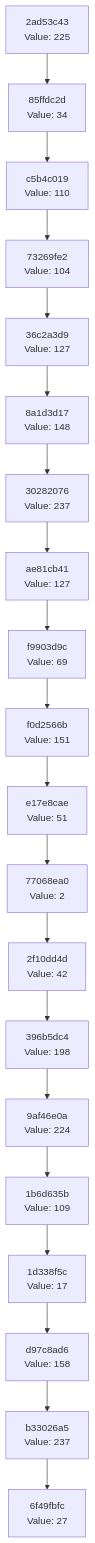
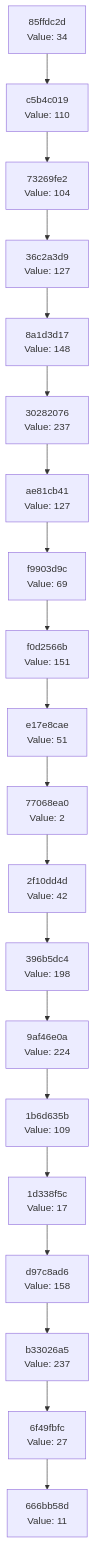
Before and after one commit to Abhisheksinha1506/hash-chain-evolver: the diagram in docs/CHAIN_VISUALIZATION.md, drawn with Mermaid. The commit also changed 2 other files, not shown here.

Commit message:
Evolution Step

````diff
--- a/docs/CHAIN_VISUALIZATION.md
+++ b/docs/CHAIN_VISUALIZATION.md
@@ -3,42 +3,42 @@
 ```mermaid
 graph TD
-    C0["6f49fbfc<br/>Value: 27"]
-    C1["b33026a5<br/>Value: 237"]
+    C0["666bb58d<br/>Value: 11"]
+    C1["6f49fbfc<br/>Value: 27"]
     C1 --> C0
-    C2["d97c8ad6<br/>Value: 158"]
+    C2["b33026a5<br/>Value: 237"]
     C2 --> C1
-    C3["1d338f5c<br/>Value: 17"]
+    C3["d97c8ad6<br/>Value: 158"]
     C3 --> C2
-    C4["1b6d635b<br/>Value: 109"]
+    C4["1d338f5c<br/>Value: 17"]
     C4 --> C3
-    C5["9af46e0a<br/>Value: 224"]
+    C5["1b6d635b<br/>Value: 109"]
     C5 --> C4
-    C6["396b5dc4<br/>Value: 198"]
+    C6["9af46e0a<br/>Value: 224"]
     C6 --> C5
-    C7["2f10dd4d<br/>Value: 42"]
+    C7["396b5dc4<br/>Value: 198"]
     C7 --> C6
-    C8["77068ea0<br/>Value: 2"]
+    C8["2f10dd4d<br/>Value: 42"]
     C8 --> C7
-    C9["e17e8cae<br/>Value: 51"]
+    C9["77068ea0<br/>Value: 2"]
     C9 --> C8
-    C10["f0d2566b<br/>Value: 151"]
+    C10["e17e8cae<br/>Value: 51"]
     C10 --> C9
-    C11["f9903d9c<br/>Value: 69"]
+    C11["f0d2566b<br/>Value: 151"]
     C11 --> C10
-    C12["ae81cb41<br/>Value: 127"]
+    C12["f9903d9c<br/>Value: 69"]
     C12 --> C11
-    C13["30282076<br/>Value: 237"]
+    C13["ae81cb41<br/>Value: 127"]
     C13 --> C12
-    C14["8a1d3d17<br/>Value: 148"]
+    C14["30282076<br/>Value: 237"]
     C14 --> C13
-    C15["36c2a3d9<br/>Value: 127"]
+    C15["8a1d3d17<br/>Value: 148"]
     C15 --> C14
-    C16["73269fe2<br/>Value: 104"]
+    C16["36c2a3d9<br/>Value: 127"]
     C16 --> C15
-    C17["c5b4c019<br/>Value: 110"]
+    C17["73269fe2<br/>Value: 104"]
     C17 --> C16
-    C18["85ffdc2d<br/>Value: 34"]
+    C18["c5b4c019<br/>Value: 110"]
     C18 --> C17
-    C19["2ad53c43<br/>Value: 225"]
+    C19["85ffdc2d<br/>Value: 34"]
     C19 --> C18
 ```
````
